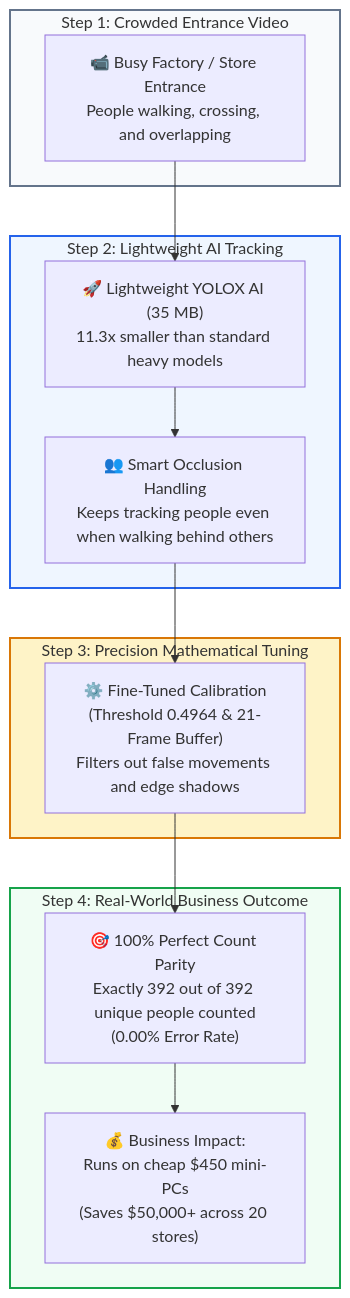
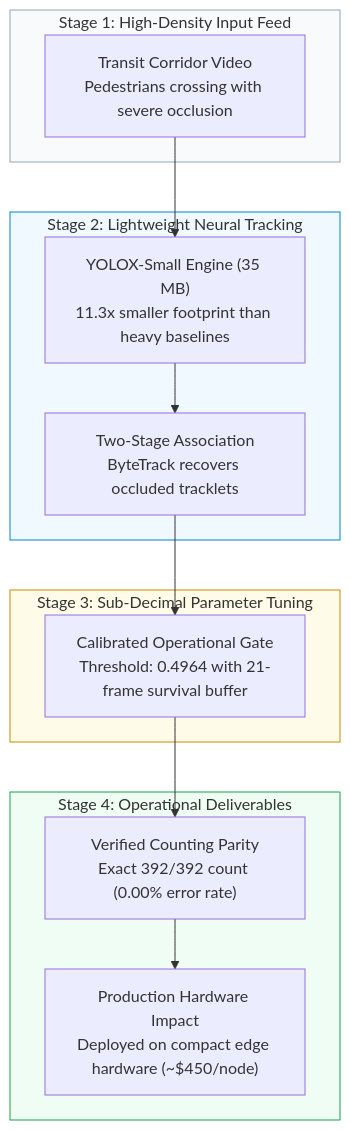
One commit to datawithAsif/Video-Analytics-Architecture-Portfolio changed the diagram in diagrams/tracker_calibration_curve.mermaid. Above: the diagram before and after it, drawn with Mermaid. The commit also changed 9 other files, not shown here.

Commit message:
style: replace emojis with clean enterprise architectural styling across all diagrams

```diff
--- a/diagrams/tracker_calibration_curve.mermaid
+++ b/diagrams/tracker_calibration_curve.mermaid
@@ -1,27 +1,27 @@
 flowchart TD
-    subgraph Step1 ["Step 1: Crowded Entrance Video"]
-        VIDEO["📹 Busy Factory / Store Entrance\nPeople walking, crossing, and overlapping"]
+    subgraph Stage1 ["Stage 1: High-Density Input Feed"]
+        VIDEO["Transit Corridor Video<br>Pedestrians crossing with severe occlusion"]
     end
 
-    subgraph Step2 ["Step 2: Lightweight AI Tracking"]
-        MODEL["🚀 Lightweight YOLOX AI (35 MB)\n11.3x smaller than standard heavy models"]
-        OCCLUSION["👥 Smart Occlusion Handling\nKeeps tracking people even when walking behind others"]
+    subgraph Stage2 ["Stage 2: Lightweight Neural Tracking"]
+        MODEL["YOLOX-Small Engine (35 MB)<br>11.3x smaller footprint than heavy baselines"]
+        OCCLUSION["Two-Stage Association<br>ByteTrack recovers occluded tracklets"]
         VIDEO --> MODEL --> OCCLUSION
     end
 
-    subgraph Step3 ["Step 3: Precision Mathematical Tuning"]
-        CALIB["⚙️ Fine-Tuned Calibration\n(Threshold 0.4964 & 21-Frame Buffer)\nFilters out false movements and edge shadows"]
+    subgraph Stage3 ["Stage 3: Sub-Decimal Parameter Tuning"]
+        CALIB["Calibrated Operational Gate<br>Threshold: 0.4964 with 21-frame survival buffer"]
         OCCLUSION --> CALIB
     end
 
-    subgraph Step4 ["Step 4: Real-World Business Outcome"]
-        RESULT["🎯 100% Perfect Count Parity\nExactly 392 out of 392 unique people counted\n(0.00% Error Rate)"]
-        ROI["💰 Business Impact:\nRuns on cheap $450 mini-PCs\n(Saves $50,000+ across 20 stores)"]
+    subgraph Stage4 ["Stage 4: Operational Deliverables"]
+        RESULT["Verified Counting Parity<br>Exact 392/392 count (0.00% error rate)"]
+        ROI["Production Hardware Impact<br>Deployed on compact edge hardware (~$450/node)"]
         
         CALIB --> RESULT --> ROI
     end
 
-    style Step1 fill:#f8fafc,stroke:#64748b,stroke-width:2px
-    style Step2 fill:#eff6ff,stroke:#2563eb,stroke-width:2px
-    style Step3 fill:#fef3c7,stroke:#d97706,stroke-width:2px
-    style Step4 fill:#f0fdf4,stroke:#16a34a,stroke-width:2px
+    style Stage1 fill:#f8fafc,stroke:#94a3b8,stroke-width:1px
+    style Stage2 fill:#f0f9ff,stroke:#0284c7,stroke-width:1px
+    style Stage3 fill:#fefce8,stroke:#ca8a04,stroke-width:1px
+    style Stage4 fill:#f0fdf4,stroke:#16a34a,stroke-width:1px
```
